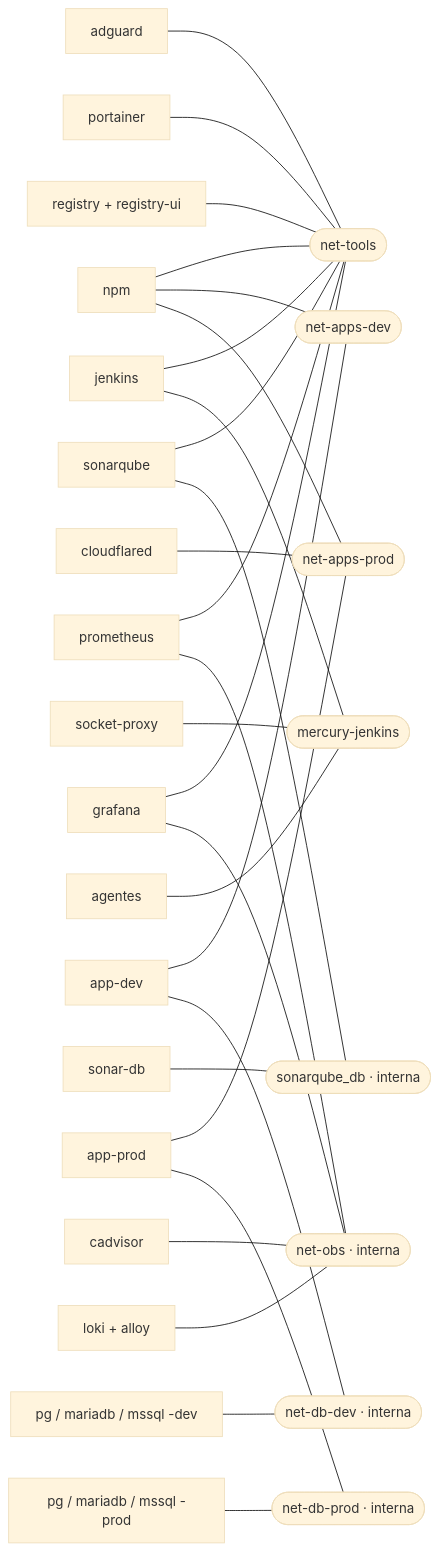
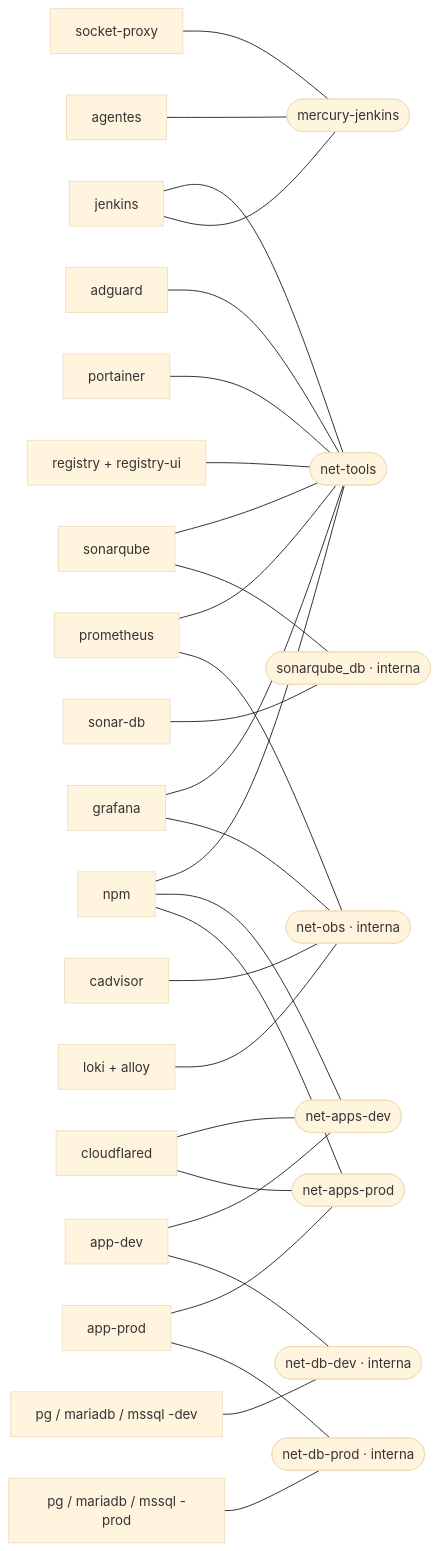
Before and after one commit to TorresMBA/mercury-devops-lab: the first of 5 diagrams in docs/arquitectura/07-redes-y-dns.md, drawn with Mermaid (base theme). The commit also changed other lines of this file and 22 other files, not shown here.

````diff
--- a/docs/arquitectura/07-redes-y-dns.md
+++ b/docs/arquitectura/07-redes-y-dns.md
@@ -25,57 +25,58 @@
 ```mermaid
 flowchart LR
   NT(["net-tools"])
   ND(["net-apps-dev"])
   NP(["net-apps-prod"])
   NO(["net-obs · interna"])
   NJ(["mercury-jenkins"])
   NDB(["sonarqube_db · interna"])
   NBD(["net-db-dev · interna"])
   NBP(["net-db-prod · interna"])
 
   npm["npm"]
   adguard["adguard"]
   portainer["portainer"]
   registry["registry + registry-ui"]
   jenkins["jenkins"]
   proxy["socket-proxy"]
   agent["agentes"]
   sonar["sonarqube"]
   db["sonar-db"]
   prom["prometheus"]
   cadv["cadvisor"]
   loki["loki + alloy"]
   graf["grafana"]
   cfd["cloudflared"]
   appdev["app-dev"]
   appprod["app-prod"]
   dbdev["pg / mariadb / mssql -dev"]
   dbprod["pg / mariadb / mssql -prod"]
 
   npm --- NT
   npm --- ND
   npm --- NP
   adguard --- NT
   portainer --- NT
   registry --- NT
   jenkins --- NT
   jenkins --- NJ
   proxy --- NJ
   agent --- NJ
   sonar --- NT
   sonar --- NDB
   db --- NDB
   prom --- NT
   prom --- NO
   cadv --- NO
   loki --- NO
   graf --- NT
   graf --- NO
+  cfd --- ND
   cfd --- NP
   appdev --- ND
   appprod --- NP
   appdev --- NBD
   dbdev --- NBD
   appprod --- NBP
   dbprod --- NBP
 ```
````
